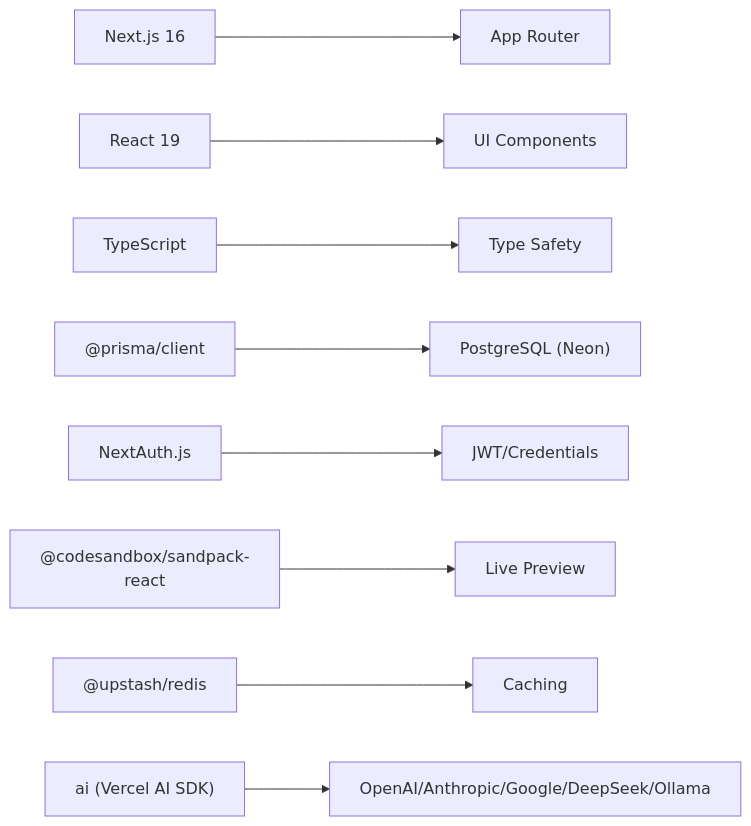
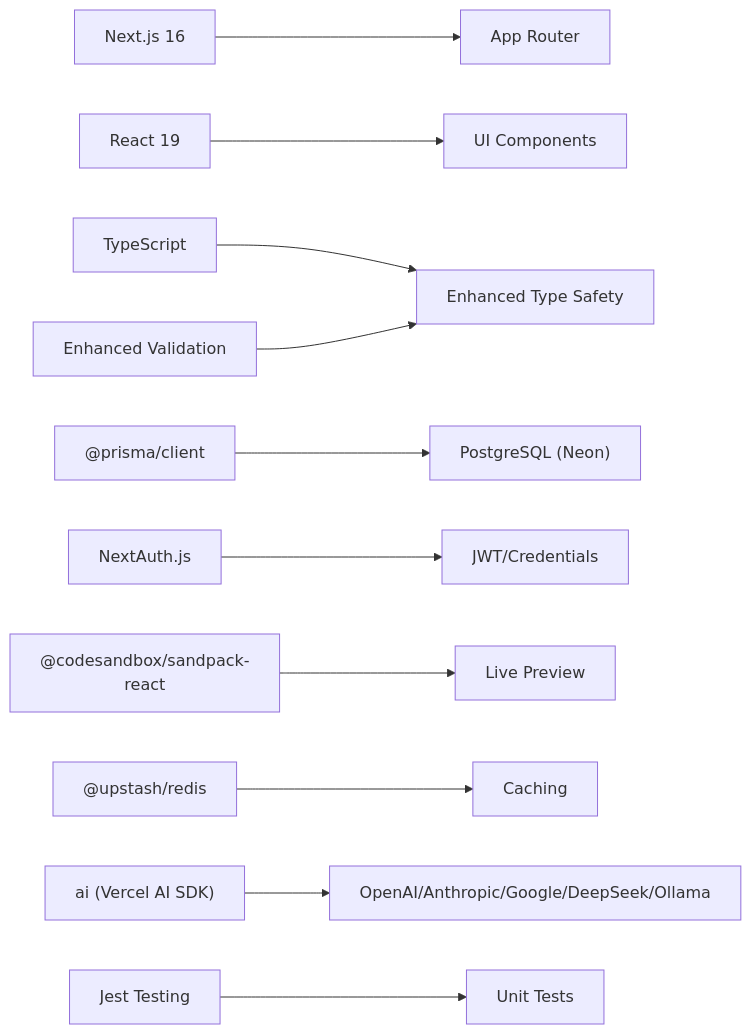
The eighth of 8 diagrams in .qoder/repowiki/en/content/Architecture & Design/Technology Stack.md (shekhargiri005-dotcom/AI-powered-accessibility-first-UI-engine), drawn with Mermaid before and after one commit. The commit also changed other lines of this file and 7 other files, not shown here.

````diff
--- a/.qoder/repowiki/en/content/Architecture & Design/Technology Stack.md
+++ b/.qoder/repowiki/en/content/Architecture & Design/Technology Stack.md
@@ -430,11 +555,13 @@
 ```mermaid
 graph LR
 Next["Next.js 16"] --> AppRouter["App Router"]
 React["React 19"] --> Components["UI Components"]
-Typescript["TypeScript"] --> TypeSafety["Type Safety"]
+Typescript["TypeScript"] --> TypeSafety["Enhanced Type Safety"]
 Prisma["@prisma/client"] --> DB["PostgreSQL (Neon)"]
 NextAuth["NextAuth.js"] --> AuthProviders["JWT/Credentials"]
 Sandpack["@codesandbox/sandpack-react"] --> Preview["Live Preview"]
 Redis["@upstash/redis"] --> Cache["Caching"]
 AISDK["ai (Vercel AI SDK)"] --> Providers["OpenAI/Anthropic/Google/DeepSeek/Ollama"]
+Jest["Jest Testing"] --> UnitTests["Unit Tests"]
+Validation["Enhanced Validation"] --> TypeSafety
 ```
````
